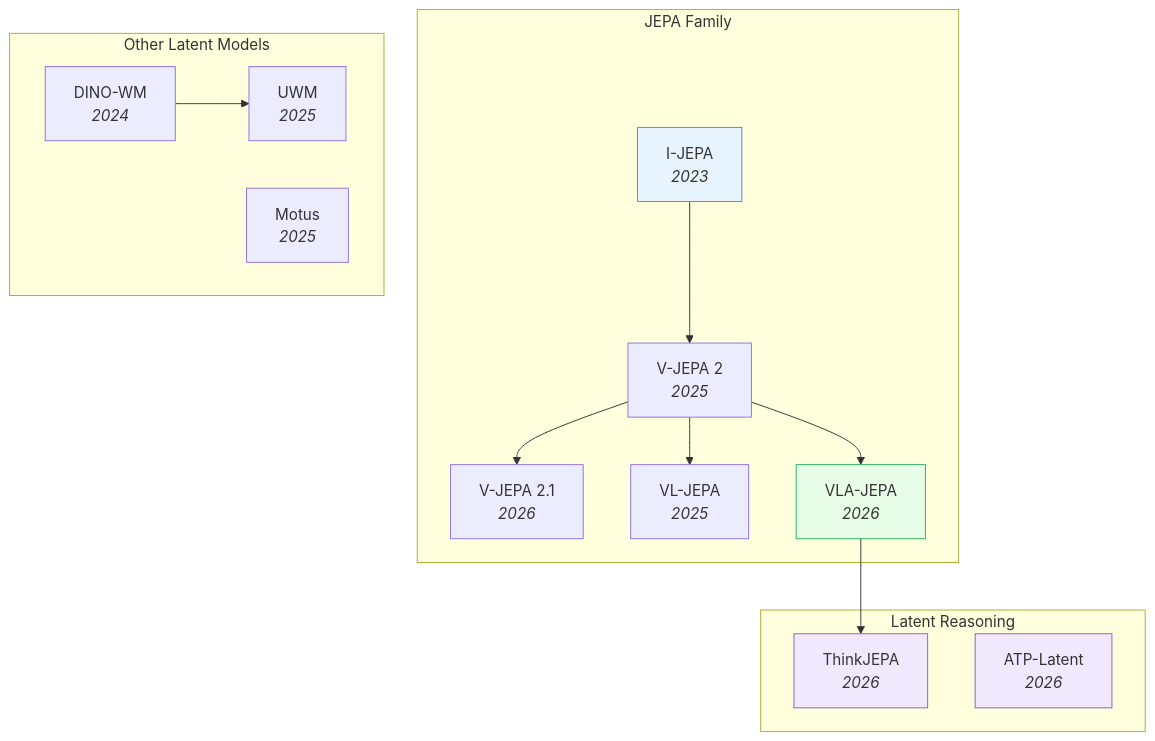
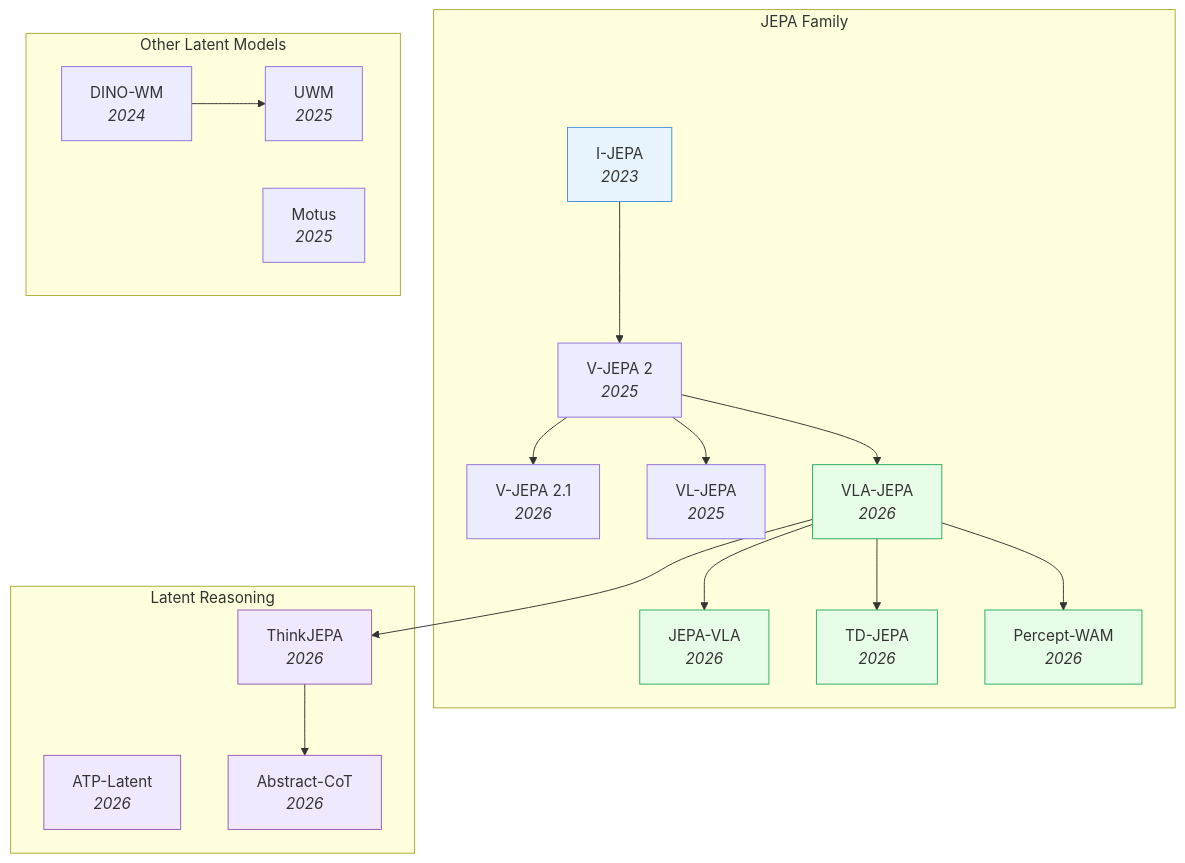
The first of 3 diagrams in Embodied-AI/05_Latent-World-Models.md (ChuaHanChong/ResearchBrain), drawn with Mermaid before and after one commit. The commit also changed other lines of this file and 125 other files, not shown here.

````diff
--- a/Embodied-AI/05_Latent-World-Models.md
+++ b/Embodied-AI/05_Latent-World-Models.md
@@ -22,33 +22,45 @@
 ```mermaid
 graph TD
     subgraph "JEPA Family"
         A["I-JEPA<br/><i>2023</i>"]
         B["V-JEPA 2<br/><i>2025</i>"]
         C["V-JEPA 2.1<br/><i>2026</i>"]
         D["VL-JEPA<br/><i>2025</i>"]
         E["VLA-JEPA<br/><i>2026</i>"]
+        K["JEPA-VLA<br/><i>2026</i>"]
+        L["TD-JEPA<br/><i>2026</i>"]
+        M["Percept-WAM<br/><i>2026</i>"]
     end
 
     subgraph "Other Latent Models"
         F["DINO-WM<br/><i>2024</i>"]
         G["UWM<br/><i>2025</i>"]
         H["Motus<br/><i>2025</i>"]
     end
 
     subgraph "Latent Reasoning"
         I["ThinkJEPA<br/><i>2026</i>"]
         J["ATP-Latent<br/><i>2026</i>"]
+        N["Abstract-CoT<br/><i>2026</i>"]
     end
 
     A --> B
     B --> C
     B --> D
     B --> E
+    E --> K
+    E --> L
+    E --> M
     E --> I
     F --> G
+    I --> N
 
     style A fill:#e8f4fd,stroke:#4a90d9
     style E fill:#e8fde8,stroke:#27ae60
+    style K fill:#e8fde8,stroke:#27ae60
+    style L fill:#e8fde8,stroke:#27ae60
+    style M fill:#e8fde8,stroke:#27ae60
     style I fill:#f0e8fd,stroke:#9b59b6
     style J fill:#f0e8fd,stroke:#9b59b6
+    style N fill:#f0e8fd,stroke:#9b59b6
 ```
````
